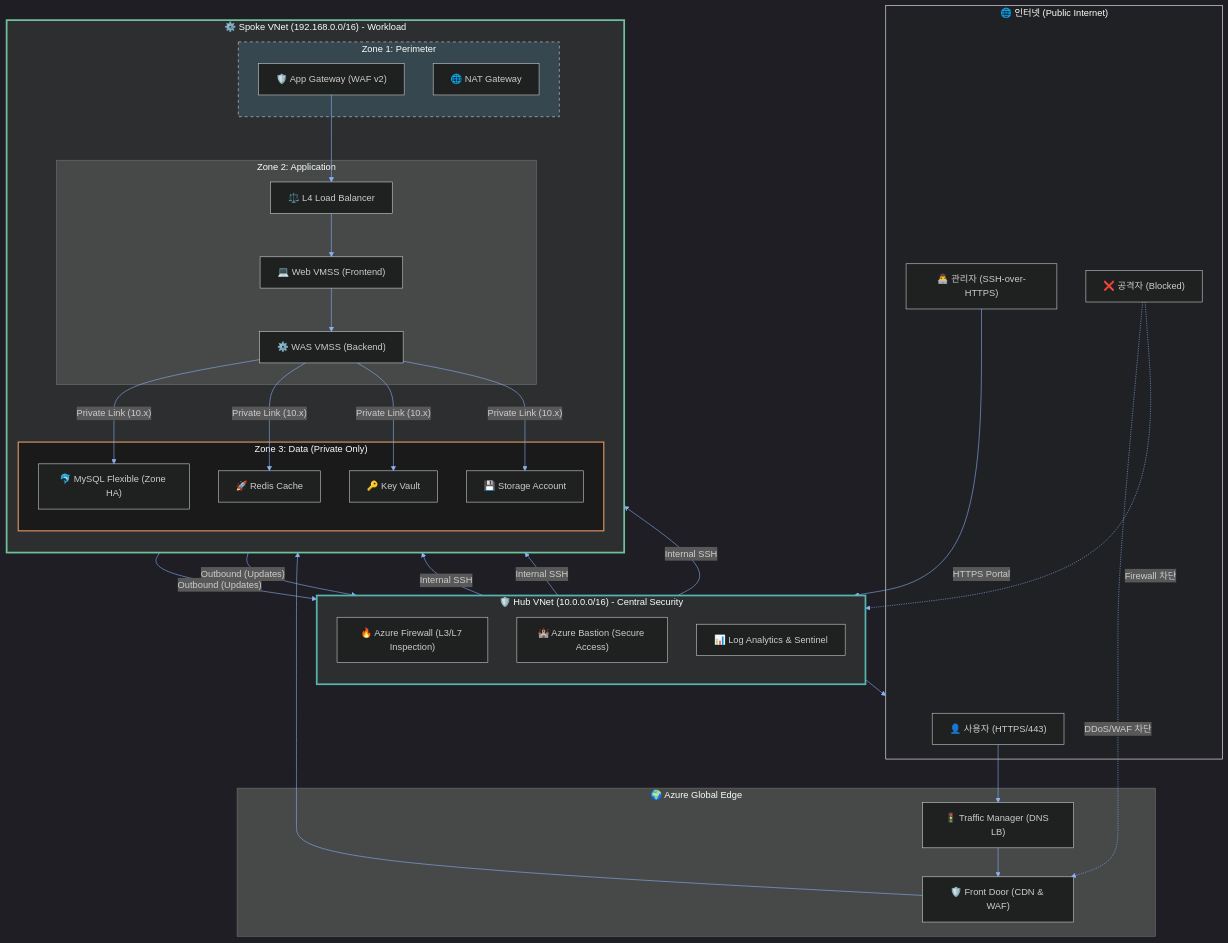
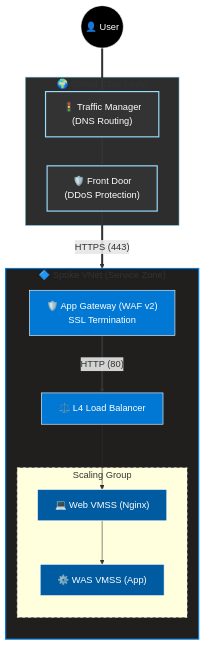
Before and after one commit to HamaPr/HamaPr.github.io: the second of 4 diagrams in _posts/security-architecture/2025-12-01-Terraform-basedAzureSecurityArchitecture.md, drawn with Mermaid. The commit also changed other lines of this file, not shown here.

````diff
--- a/_posts/security-architecture/2025-12-01-Terraform-basedAzureSecurityArchitecture.md
+++ b/_posts/security-architecture/2025-12-01-Terraform-basedAzureSecurityArchitecture.md
@@ -119,61 +171,40 @@
 ```mermaid
-%%{init: {'theme': 'dark', 'themeVariables': { 'darkMode': true, 'background': '#202124', 'primaryColor': '#55B4AD', 'primaryTextColor': '#fff', 'primaryBorderColor': '#55B4AD', 'lineColor': '#89B2F6'}}}%%
-flowchart TB
-    subgraph Internet ["🌐 인터넷 (Public Internet)"]
-        User["👤 사용자 (HTTPS/443)"]
-        Admin["👨‍💻 관리자 (SSH-over-HTTPS)"]
-        Attacker["❌ 공격자 (Blocked)"]
+flowchart TD
+    %% --- Style Definitions ---
+    classDef edge fill:#333,stroke:#9df,stroke-width:2px,color:#fff;
+    classDef net fill:#0078D4,stroke:#fff,color:#fff;
+    classDef compute fill:#005BA1,stroke:#fff,color:#fff;
+    classDef user fill:#000,stroke:#fff,color:#fff;
+
+    %% --- Nodes ---
+    User(("👤 User")):::user
+    
+    subgraph Edge ["🌍 Global Edge Layer"]
+        TM["🚦 Traffic Manager<br/>(DNS Routing)"]:::edge
+        FD["🛡️ Front Door<br/>(DDoS Protection)"]:::edge
     end
-
-    subgraph Global ["🌍 Azure Global Edge"]
-        TM["🚦 Traffic Manager (DNS LB)"]
-        FD["🛡️ Front Door (CDN & WAF)"]
-    end
-
-    subgraph Hub ["🛡️ Hub VNet (10.0.0.0/16) - Central Security"]
+    
+    subgraph Spoke ["🔷 Spoke VNet (Service Zone)"]
         direction TB
-        Firewall["🔥 Azure Firewall (L3/L7 Inspection)"]
-        Bastion["🏰 Azure Bastion (Secure Access)"]
-        Mon["📊 Log Analytics & Sentinel"]
-    end
-
-    subgraph Spoke ["⚙️ Spoke VNet (192.168.0.0/16) - Workload"]
-        direction TB
+        AppGW["🛡️ App Gateway (WAF v2)<br/>SSL Termination"]:::net
+        LB["⚖️ L4 Load Balancer"]:::net
         
-        subgraph DMZ ["Zone 1: Perimeter"]
-            AppGW["🛡️ App Gateway (WAF v2)"]
-            NAT["🌐 NAT Gateway"]
-        end
-        
-        subgraph App ["Zone 2: Application"]
-            LB["⚖️ L4 Load Balancer"]
-            Web["💻 Web VMSS (Frontend)"]
-            WAS["⚙️ WAS VMSS (Backend)"]
-        end
-        
-        subgraph Data ["Zone 3: Data (Private Only)"]
-            MySQL["🐬 MySQL Flexible (Zone HA)"]
-            Redis["🚀 Redis Cache"]
-            KV["🔑 Key Vault"]
-            SA["💾 Storage Account"]
+        subgraph VMSS_Group ["Scaling Group"]
+            Web["💻 Web VMSS (Nginx)"]:::compute
+            WAS["⚙️ WAS VMSS (App)"]:::compute
         end
     end
 
-    User --> TM --> FD --> AppGW
-    AppGW --> LB --> Web --> WAS
-    WAS -- "Private Link (10.x)" --> MySQL & Redis & KV & SA
-    
-    Admin -- "HTTPS Portal" --> Bastion
-    Bastion -- "Internal SSH" --> Web & WAS & MySQL
-    
-    Web & WAS -- "Outbound (Updates)" --> Firewall --> Internet
-    
-    Attacker -.->|"DDoS/WAF 차단"| FD
-    Attacker -.->|"Firewall 차단"| Firewall
+    %% --- Flows ---
+    User ==> TM
+    TM ==> FD
+    FD ==>|"HTTPS (443)"| AppGW
+    AppGW ==>|"HTTP (80)"| LB
+    LB --> Web
+    Web --> WAS
 
-    style Hub fill:#2d2e30,stroke:#55B4AD,stroke-width:3px
-    style Spoke fill:#2d2e30,stroke:#70C19A,stroke-width:3px
-    style Internet fill:#202124,stroke:#fff,color:#fff
-    style DMZ fill:#37474F,stroke:#CFD8DC,stroke-dasharray: 5 5
-    style Data fill:#1a1a1a,stroke:#D99362,stroke-width:2px
+    %% --- Styling the Subgraphs ---
+    style Edge fill:#2d2d2d,stroke:#9df
+    style Spoke fill:#201F1E,stroke:#0078D4,stroke-width:2px
+    style VMSS_Group fill:#transparent,stroke:#fff,stroke-dasharray: 5 5
 ```
````
